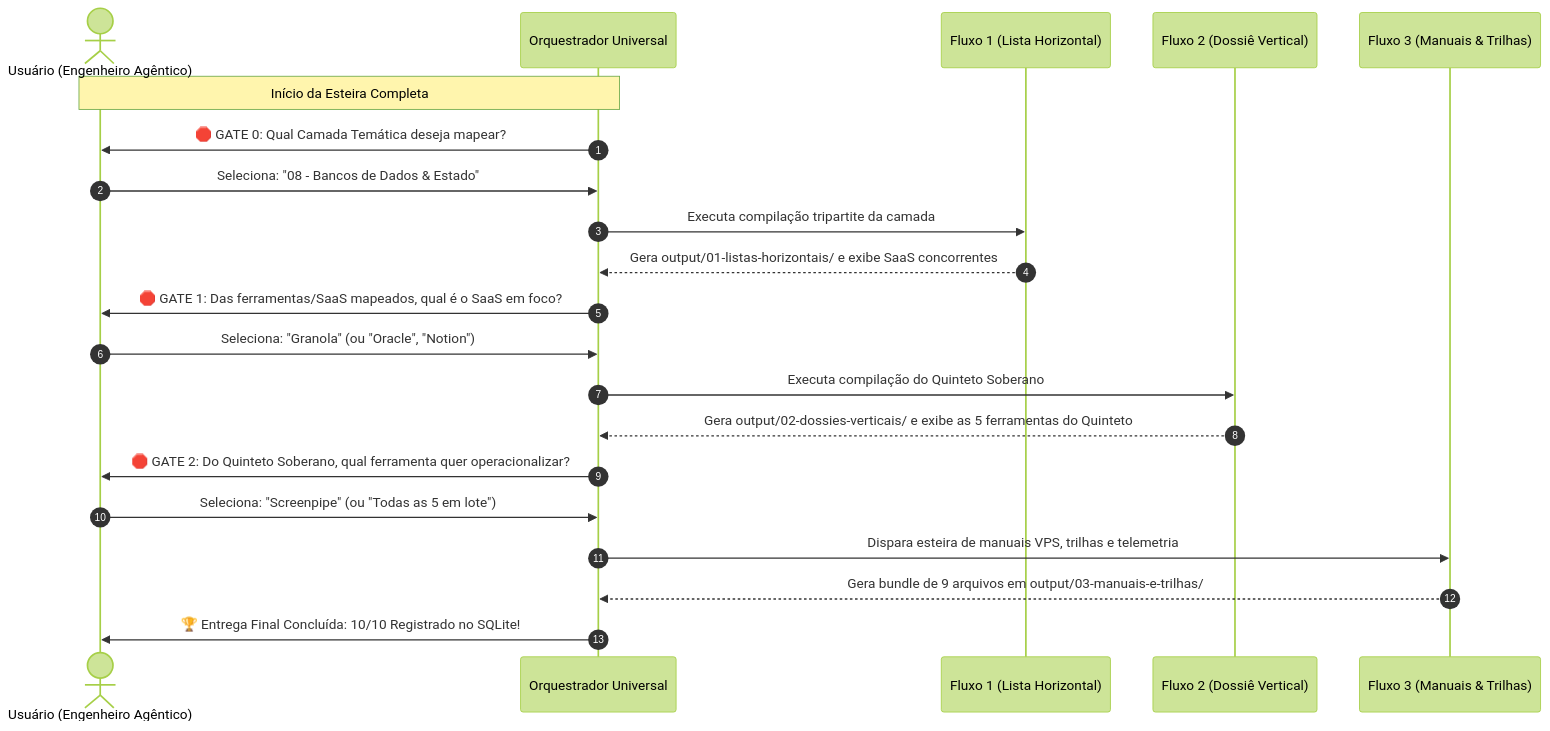
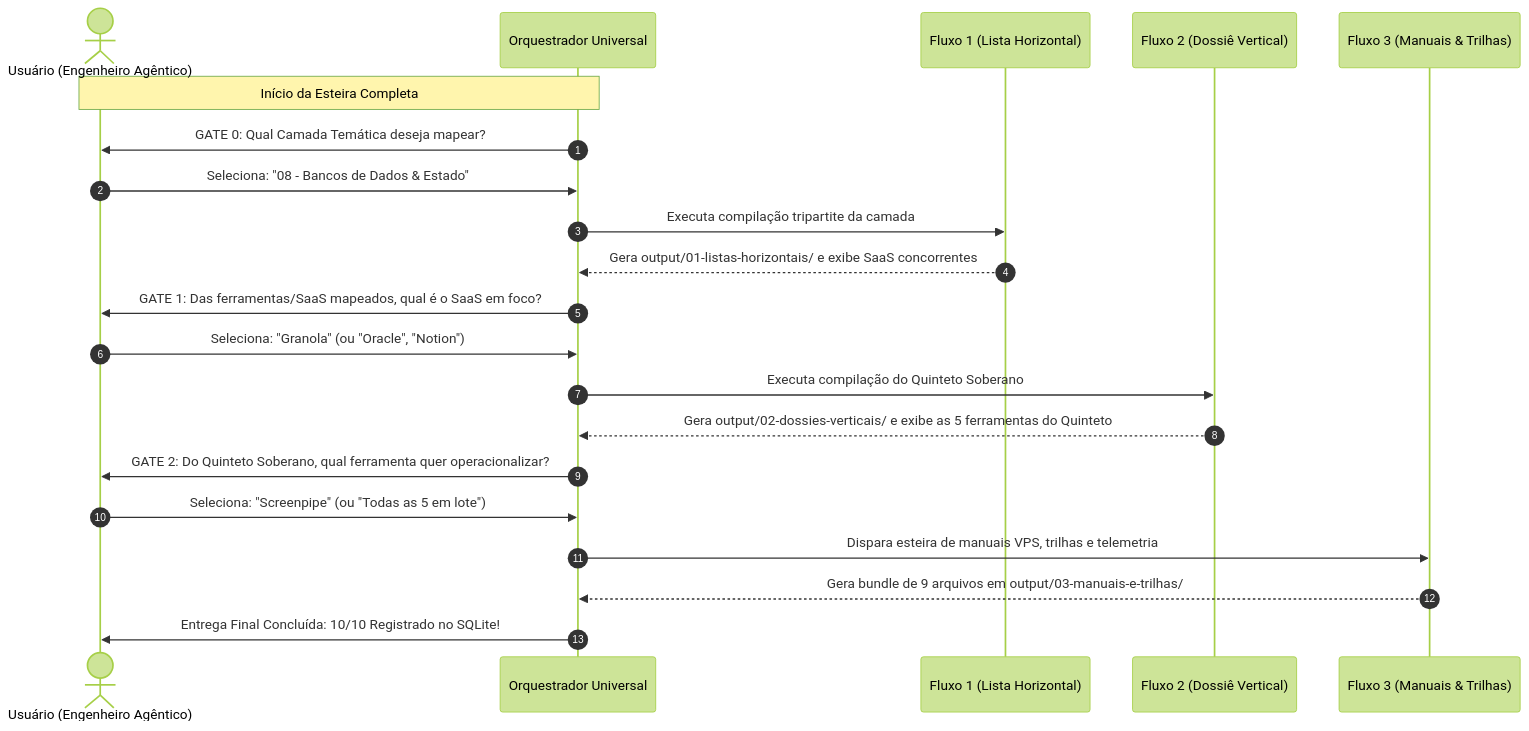
The diagram in output/relatorios/27-08-2026-relatorio-operacao-tres-macro-fluxos-aidd.md (heverton-dev/ferramentas-open-source), drawn with Mermaid (forest theme) before and after one commit. The commit also changed other lines of this file and 276 other files, not shown here.

````diff
--- a/output/relatorios/27-08-2026-relatorio-operacao-tres-macro-fluxos-aidd.md
+++ b/output/relatorios/27-08-2026-relatorio-operacao-tres-macro-fluxos-aidd.md
@@ -60,26 +60,26 @@
 ```mermaid
 sequenceDiagram
-    autonumber
-    actor U as Usuário (Engenheiro Agêntico)
-    participant O as Orquestrador Universal
-    participant F1 as Fluxo 1 (Lista Horizontal)
-    participant F2 as Fluxo 2 (Dossiê Vertical)
-    participant F3 as Fluxo 3 (Manuais & Trilhas)
+ autonumber
+ actor U as Usuário (Engenheiro Agêntico)
+ participant O as Orquestrador Universal
+ participant F1 as Fluxo 1 (Lista Horizontal)
+ participant F2 as Fluxo 2 (Dossiê Vertical)
+ participant F3 as Fluxo 3 (Manuais & Trilhas)
 
-    Note over U,O: Início da Esteira Completa
-    O->>U: 🛑 GATE 0: Qual Camada Temática deseja mapear?
-    U->>O: Seleciona: "08 - Bancos de Dados & Estado"
-    O->>F1: Executa compilação tripartite da camada
-    F1-->>O: Gera output/01-listas-horizontais/ e exibe SaaS concorrentes
+ Note over U,O: Início da Esteira Completa
+ O->>U: GATE 0: Qual Camada Temática deseja mapear?
+ U->>O: Seleciona: "08 - Bancos de Dados & Estado"
+ O->>F1: Executa compilação tripartite da camada
+ F1-->>O: Gera output/01-listas-horizontais/ e exibe SaaS concorrentes
 
-    O->>U: 🛑 GATE 1: Das ferramentas/SaaS mapeados, qual é o SaaS em foco?
-    U->>O: Seleciona: "Granola" (ou "Oracle", "Notion")
-    O->>F2: Executa compilação do Quinteto Soberano
-    F2-->>O: Gera output/02-dossies-verticais/ e exibe as 5 ferramentas do Quinteto
+ O->>U: GATE 1: Das ferramentas/SaaS mapeados, qual é o SaaS em foco?
+ U->>O: Seleciona: "Granola" (ou "Oracle", "Notion")
+ O->>F2: Executa compilação do Quinteto Soberano
+ F2-->>O: Gera output/02-dossies-verticais/ e exibe as 5 ferramentas do Quinteto
 
-    O->>U: 🛑 GATE 2: Do Quinteto Soberano, qual ferramenta quer operacionalizar?
-    U->>O: Seleciona: "Screenpipe" (ou "Todas as 5 em lote")
-    O->>F3: Dispara esteira de manuais VPS, trilhas e telemetria
-    F3-->>O: Gera bundle de 9 arquivos em output/03-manuais-e-trilhas/
-    O->>U: 🏆 Entrega Final Concluída: 10/10 Registrado no SQLite!
+ O->>U: GATE 2: Do Quinteto Soberano, qual ferramenta quer operacionalizar?
+ U->>O: Seleciona: "Screenpipe" (ou "Todas as 5 em lote")
+ O->>F3: Dispara esteira de manuais VPS, trilhas e telemetria
+ F3-->>O: Gera bundle de 9 arquivos em output/03-manuais-e-trilhas/
+ O->>U: Entrega Final Concluída: 10/10 Registrado no SQLite!
 ```
````
